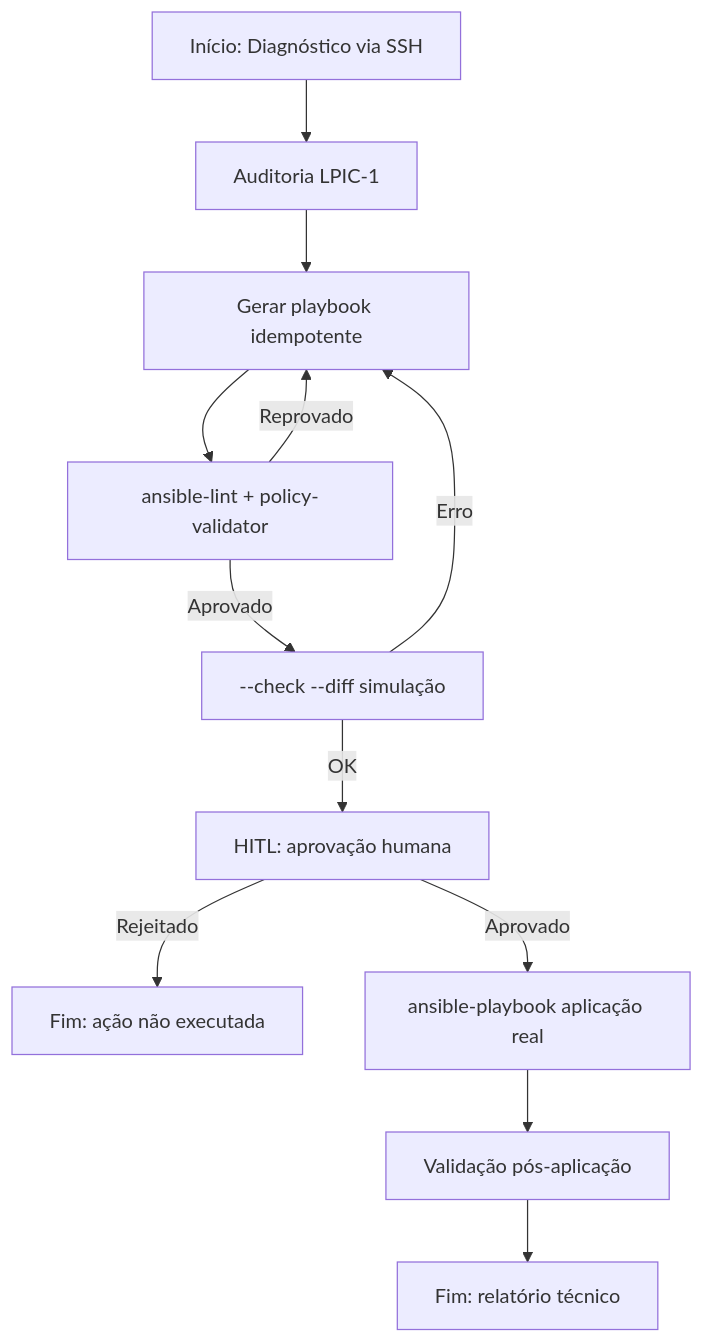
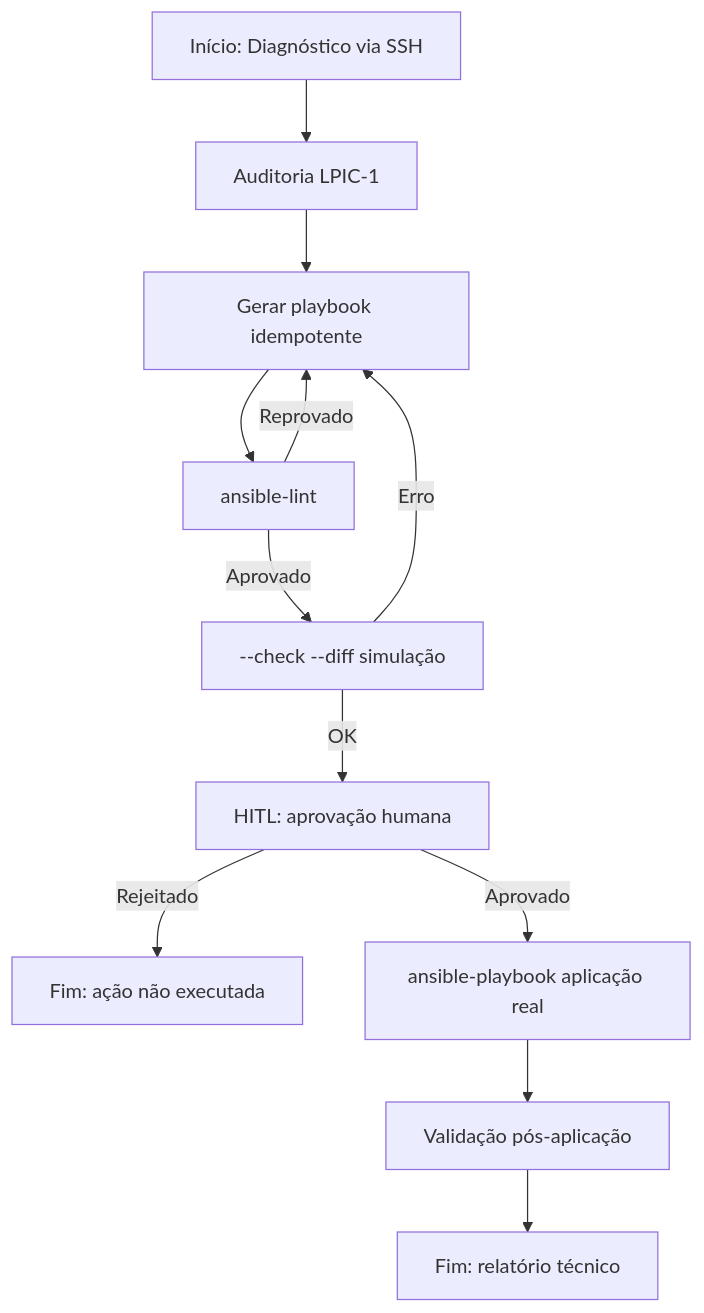
The second of 4 diagrams in docs/ANSIBLE-GUIDE.md (AlexRabelo/aiops-control-node), drawn with Mermaid before and after one commit. The commit also changed other lines of this file, not shown here.

First line of the commit message:
docs: refatorar ANSIBLE-GUIDE.md alinhado à estrutura real do repositório

````diff
--- a/docs/ANSIBLE-GUIDE.md
+++ b/docs/ANSIBLE-GUIDE.md
@@ -100,14 +100,14 @@
 ```mermaid
 flowchart TD
     A[Início: Diagnóstico via SSH] --> B[Auditoria LPIC-1]
     B --> C[Gerar playbook idempotente]
-    C --> D[ansible-lint + policy-validator]
+    C --> D[ansible-lint]
     D -->|Reprovado| C
     D -->|Aprovado| E[--check --diff simulação]
     E -->|Erro| C
     E -->|OK| F[HITL: aprovação humana]
     F -->|Rejeitado| G[Fim: ação não executada]
     F -->|Aprovado| H[ansible-playbook aplicação real]
     H --> I[Validação pós-aplicação]
     I --> Fim[Fim: relatório técnico]
 ```
````
